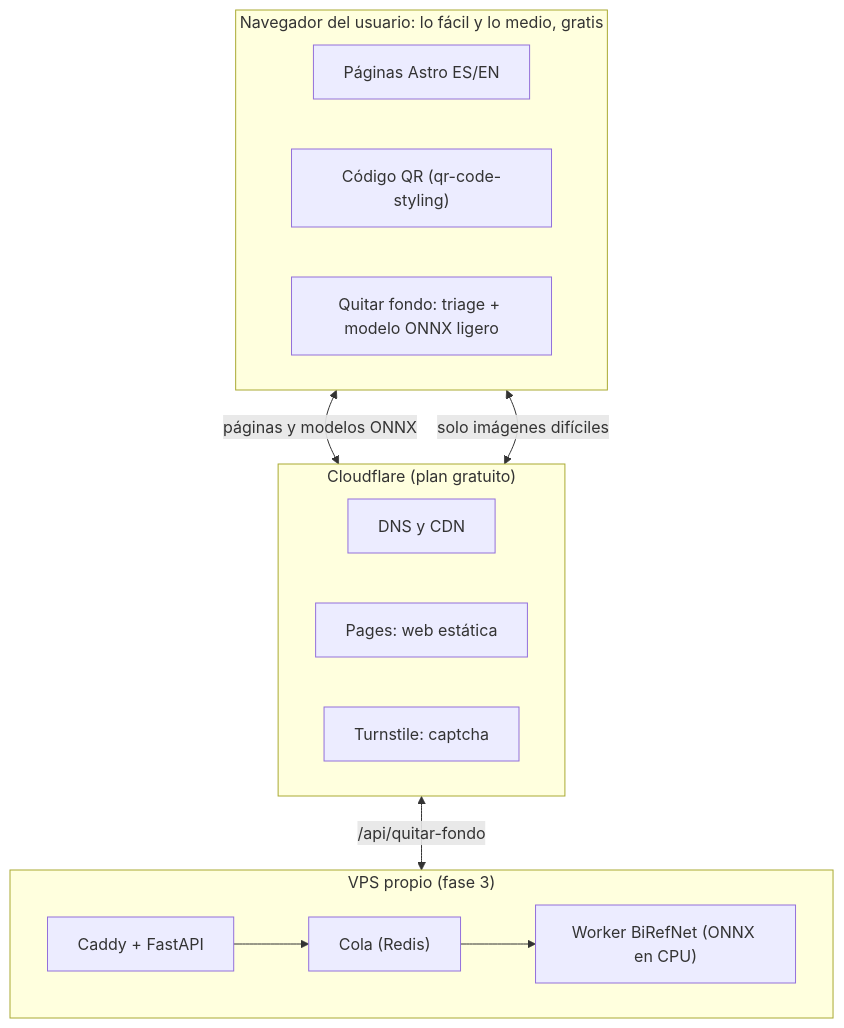
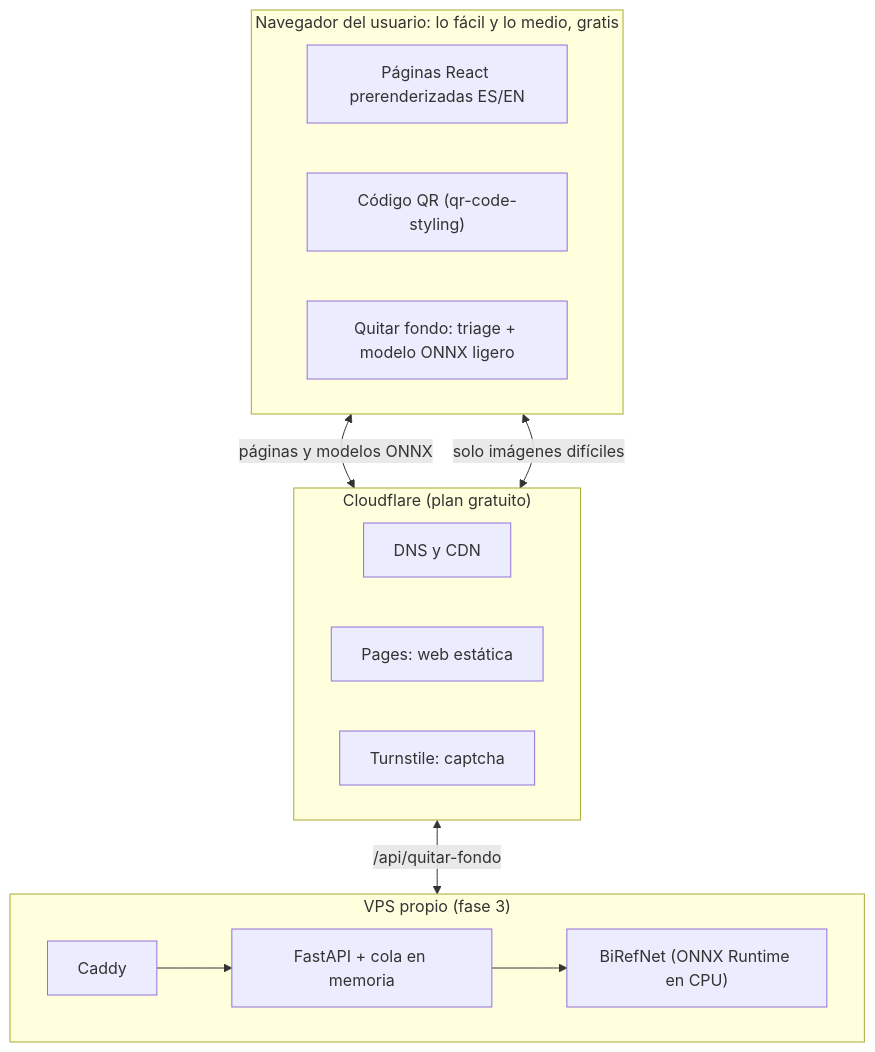
The diagram in docs/especificaciones.md (gabdiasalejandro/yaldatools), drawn with Mermaid before and after one commit. The commit also changed other lines of this file and 2 other files, not shown here.

Commit message:
docs: record React Router stack and FastAPI backend decisions

````diff
--- a/docs/especificaciones.md
+++ b/docs/especificaciones.md
@@ -123,19 +123,19 @@
 ```mermaid
 flowchart TB
   subgraph Navegador["Navegador del usuario: lo fácil y lo medio, gratis"]
-    A["Páginas Astro ES/EN"]
+    A["Páginas React prerenderizadas ES/EN"]
     B["Código QR (qr-code-styling)"]
     C["Quitar fondo: triage + modelo ONNX ligero"]
   end
   subgraph CF["Cloudflare (plan gratuito)"]
     D["DNS y CDN"]
     E["Pages: web estática"]
     F["Turnstile: captcha"]
   end
   subgraph VPS["VPS propio (fase 3)"]
-    G["Caddy + FastAPI"] --> H["Cola (Redis)"] --> I["Worker BiRefNet (ONNX en CPU)"]
+    G["Caddy"] --> H["FastAPI + cola en memoria"] --> I["BiRefNet (ONNX Runtime en CPU)"]
   end
   Navegador <-- "páginas y modelos ONNX" --> CF
   Navegador <-- "solo imágenes difíciles" --> CF
   CF <-- "/api/quitar-fondo" --> VPS
 ```
````
